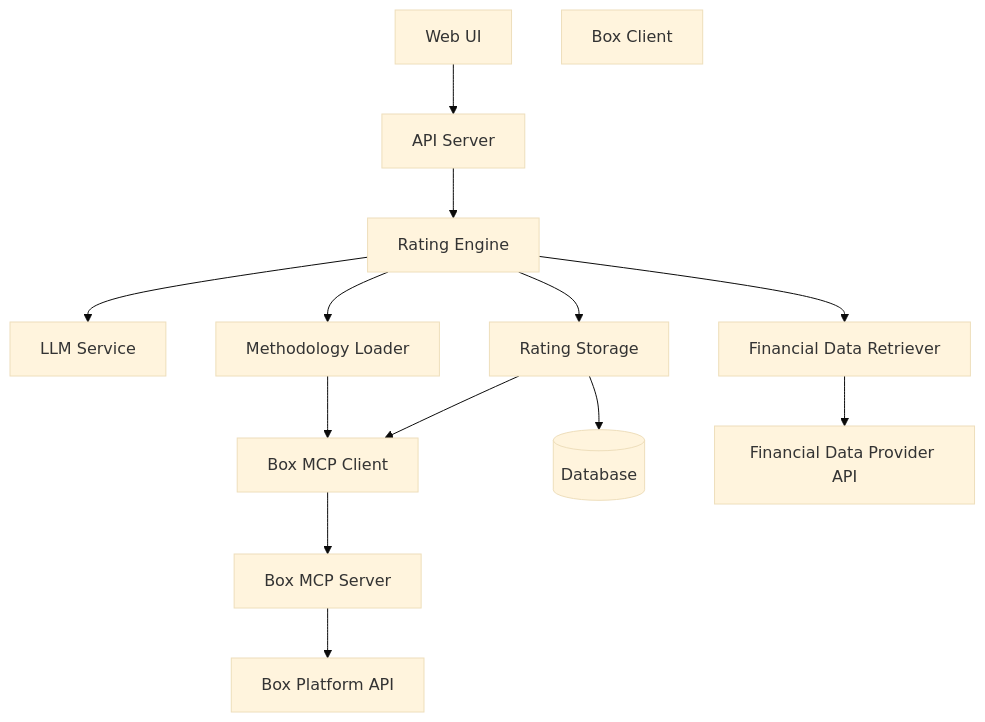
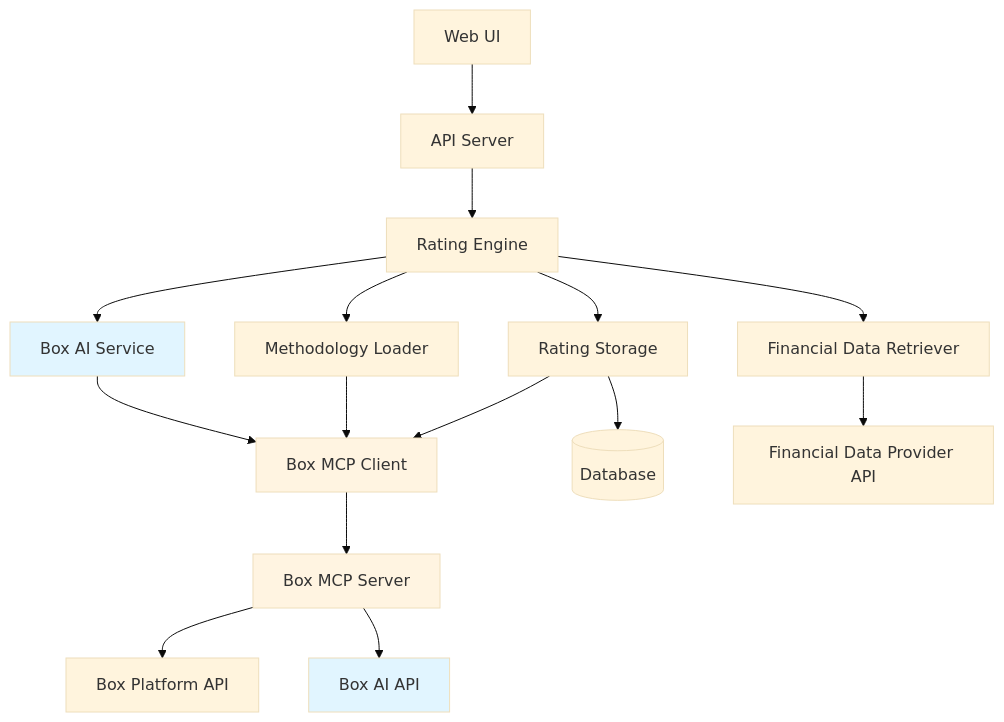
The first of 2 diagrams in .kiro/specs/company-credit-rating/design.md (mpatnode/creditiq), drawn with Mermaid (base theme) before and after one commit. The commit also changed other lines of this file and 7 other files, not shown here.

Commit message:
Box MCP Config

````diff
--- a/.kiro/specs/company-credit-rating/design.md
+++ b/.kiro/specs/company-credit-rating/design.md
@@ -19,25 +29,33 @@
 ```mermaid
 graph TB
     UI[Web UI]
     API[API Server]
     RatingEngine[Rating Engine]
-    LLM[LLM Service]
+    BoxAI[Box AI Service]
     DataRetriever[Financial Data Retriever]
     Storage[Rating Storage]
     MethodologyLoader[Methodology Loader]
-    BoxClient[Box Client]
     
     UI --> API
     API --> RatingEngine
-    RatingEngine --> LLM
+    RatingEngine --> BoxAI
     RatingEngine --> DataRetriever
     RatingEngine --> MethodologyLoader
     RatingEngine --> Storage
-    MethodologyLoader --> BoxMCP[Box MCP Client]
+    
+    BoxAI --> BoxMCP[Box MCP Client]
+    MethodologyLoader --> BoxMCP
     Storage --> BoxMCP
     Storage --> DB[(Database)]
+    
     BoxMCP --> MCPServer[Box MCP Server]
     MCPServer --> BoxAPI[Box Platform API]
+    MCPServer --> BoxAIAPI[Box AI API]
     
     DataRetriever --> FinancialAPI[Financial Data Provider API]
+    
+    style BoxAI fill:#e1f5ff
+    style BoxMCP fill:#fff4e1
+    style MCPServer fill:#fff4e1
+    style BoxAIAPI fill:#e1f5ff
 ```
````
